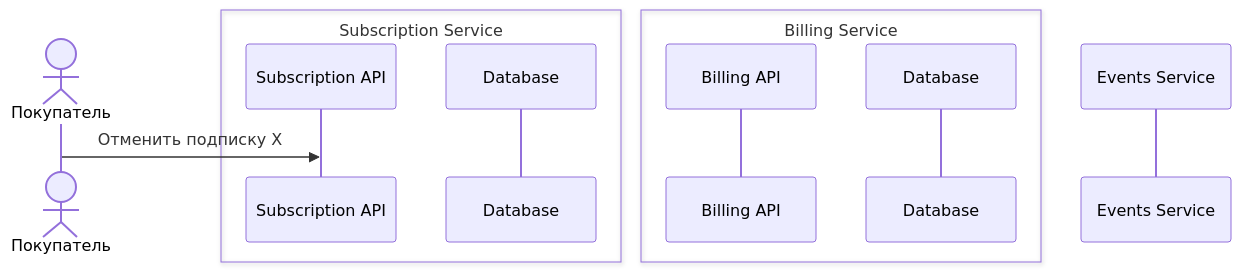
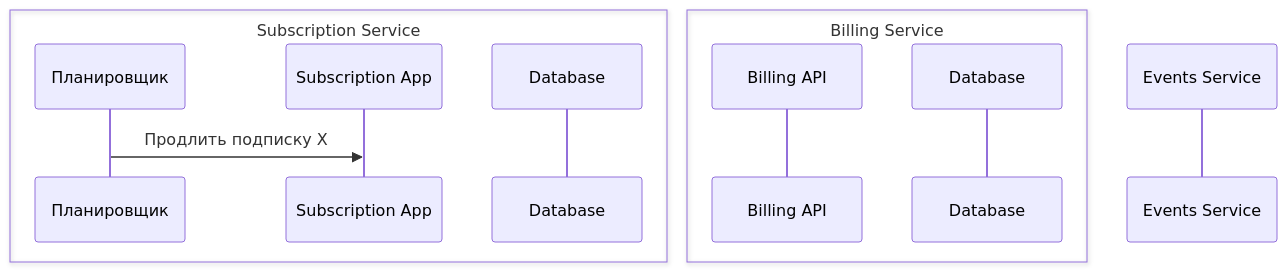
Before and after one commit to smb13/graduate_work: the seventh of 10 diagrams in architecture/sequence_diagram.md, drawn with Mermaid. The commit also changed other lines of this file and 1 other file, not shown here.

Commit message:
add sequence diagrams

````diff
--- a/architecture/sequence_diagram.md
+++ b/architecture/sequence_diagram.md
@@ -64,14 +160,14 @@
 ```mermaid
 sequenceDiagram
-    actor User as Покупатель
     box Subscription Service
-        participant SubAPI as Subscription API
+        participant Cron as Планировщик
+        participant SubApp as Subscription App
         participant SubDB as Database
     end
     box Billing Service
-        participant BilAPI as Billing API
-        participant BilDB as Database
+        participant BillAPI as Billing API
+        participant BillDB as Database
     end
     participant Events as Events Service
-    User->>SubAPI: Отменить подписку X
+    Cron->>SubApp: Продлить подписку X
 ```
````
